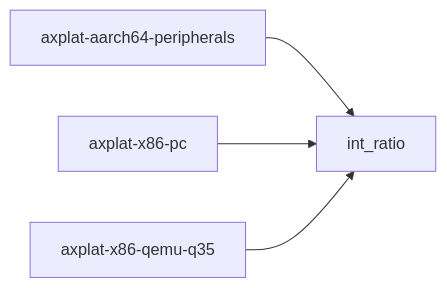
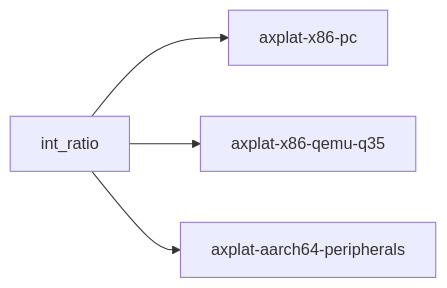
One commit to rcore-os/tgoskits changed the diagram in docs/crates/int_ratio.md. Above: the diagram before and after it, drawn with Mermaid. The commit also changed other lines of this file and 99 other files, not shown here.

````diff
--- a/docs/crates/int_ratio.md
+++ b/docs/crates/int_ratio.md
@@ -32,7 +64,6 @@
 ```mermaid
 graph LR
-    current["int_ratio"]
-    axplat_aarch64_peripherals["axplat-aarch64-peripherals"] --> current
-    axplat_x86_pc["axplat-x86-pc"] --> current
-    axplat_x86_qemu_q35["axplat-x86-qemu-q35"] --> current
+    int_ratio["int_ratio"] --> x86pc["axplat-x86-pc"]
+    int_ratio --> x86q35["axplat-x86-qemu-q35"]
+    int_ratio --> aarch64["axplat-aarch64-peripherals"]
 ```
````
